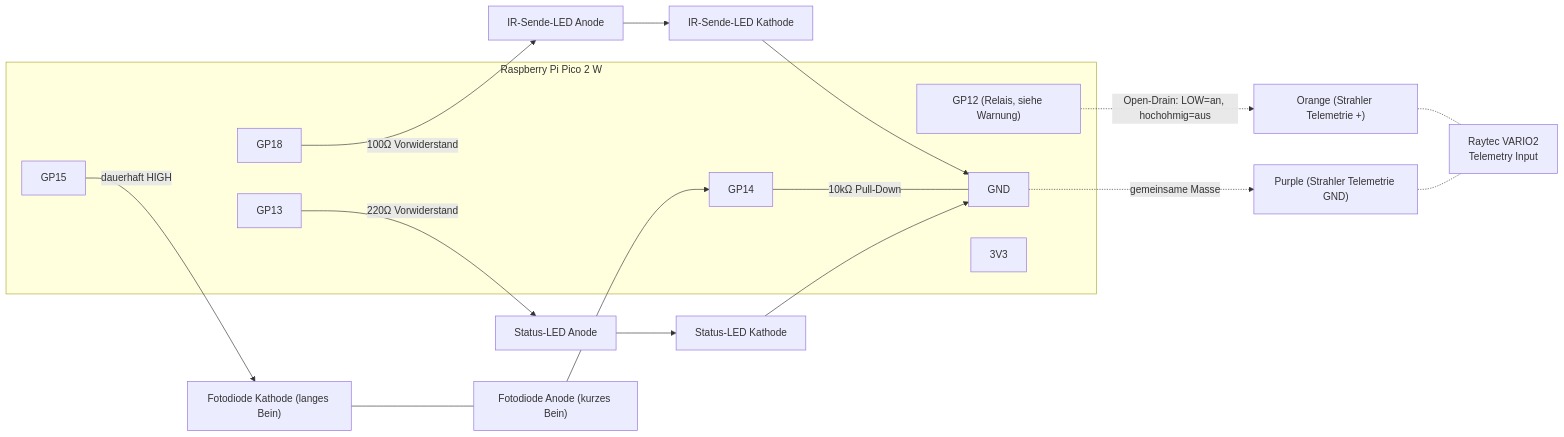
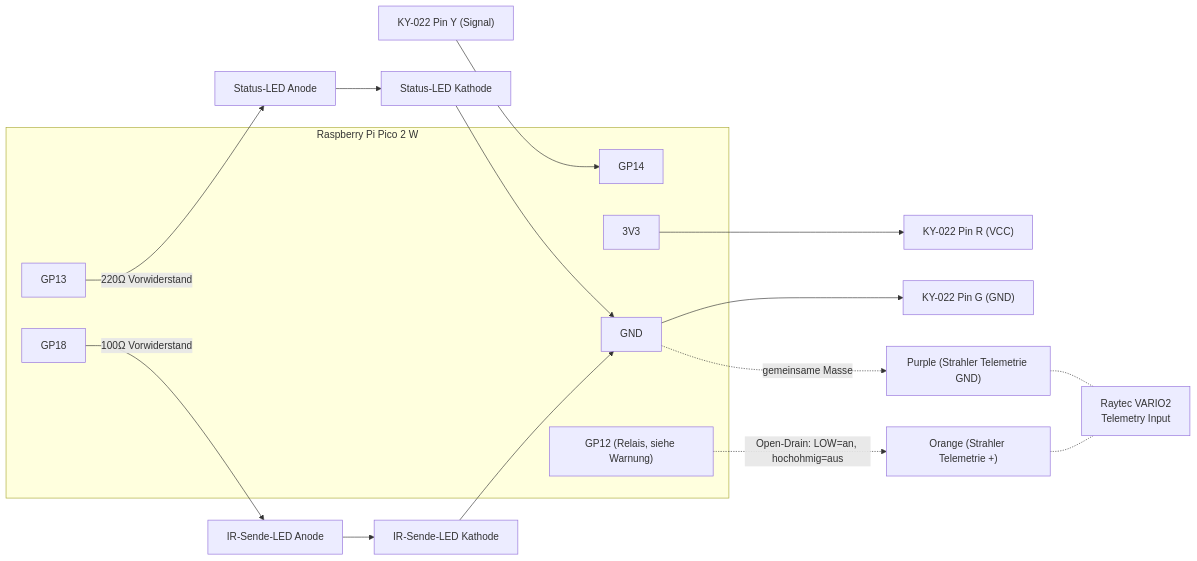
The diagram in README.md (Schwemmi2021/Pico_IR_Strahler), drawn with Mermaid before and after one commit. The commit also changed other lines of this file and 1 other file, not shown here.

````diff
--- a/README.md
+++ b/README.md
@@ -30,31 +30,29 @@
 ```mermaid
 graph LR
     subgraph PICO["Raspberry Pi Pico 2 W"]
         GP14["GP14"]
-        GP15["GP15"]
         GP18["GP18"]
         GP13["GP13"]
         GP12["GP12 (Relais, siehe Warnung)"]
         GND["GND"]
         V3["3V3"]
     end
 
-    GP15 -->|dauerhaft HIGH| PD_K["Fotodiode Kathode (langes Bein)"]
-    PD_K --- PD_A["Fotodiode Anode (kurzes Bein)"]
-    PD_A --> GP14
-    GP14 ---|"10kΩ Pull-Down"| GND
+    V3 --> TSOP_R["KY-022 Pin R (VCC)"]
+    GND --> TSOP_G["KY-022 Pin G (GND)"]
+    TSOP_Y["KY-022 Pin Y (Signal)"] --> GP14
 
     GP18 -->|"100Ω Vorwiderstand"| LED1A["IR-Sende-LED Anode"]
     LED1A --> LED1K["IR-Sende-LED Kathode"]
     LED1K --> GND
 
     GP13 -->|"220Ω Vorwiderstand"| LED2A["Status-LED Anode"]
     LED2A --> LED2K["Status-LED Kathode"]
     LED2K --> GND
 
     GP12 -.->|"Open-Drain: LOW=an, hochohmig=aus"| ORANGE["Orange (Strahler Telemetrie +)"]
     GND -.->|gemeinsame Masse| PURPLE["Purple (Strahler Telemetrie GND)"]
 
     ORANGE -.- STRAHLER["Raytec VARIO2<br/>Telemetry Input"]
     PURPLE -.- STRAHLER
 ```
````
